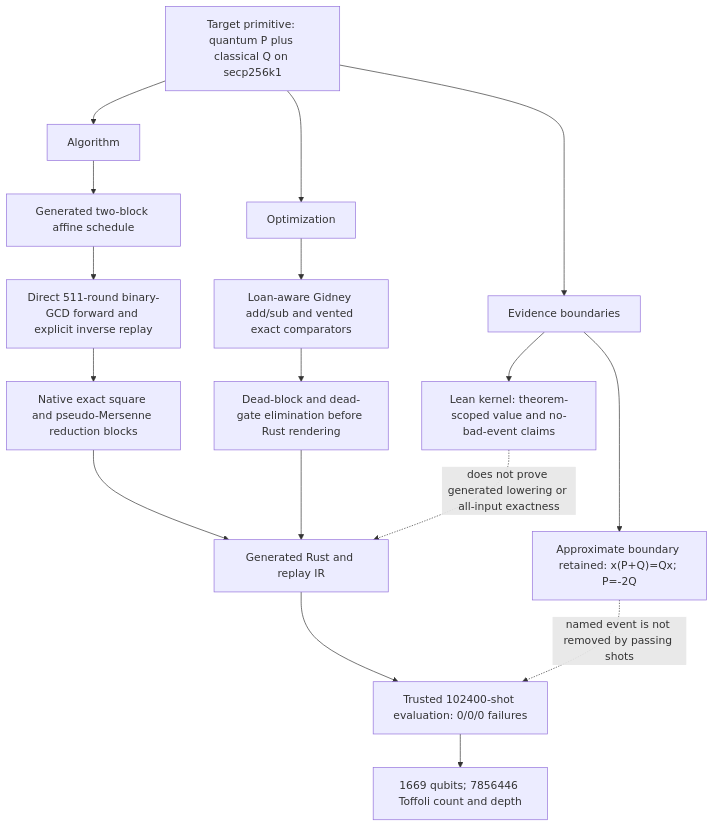
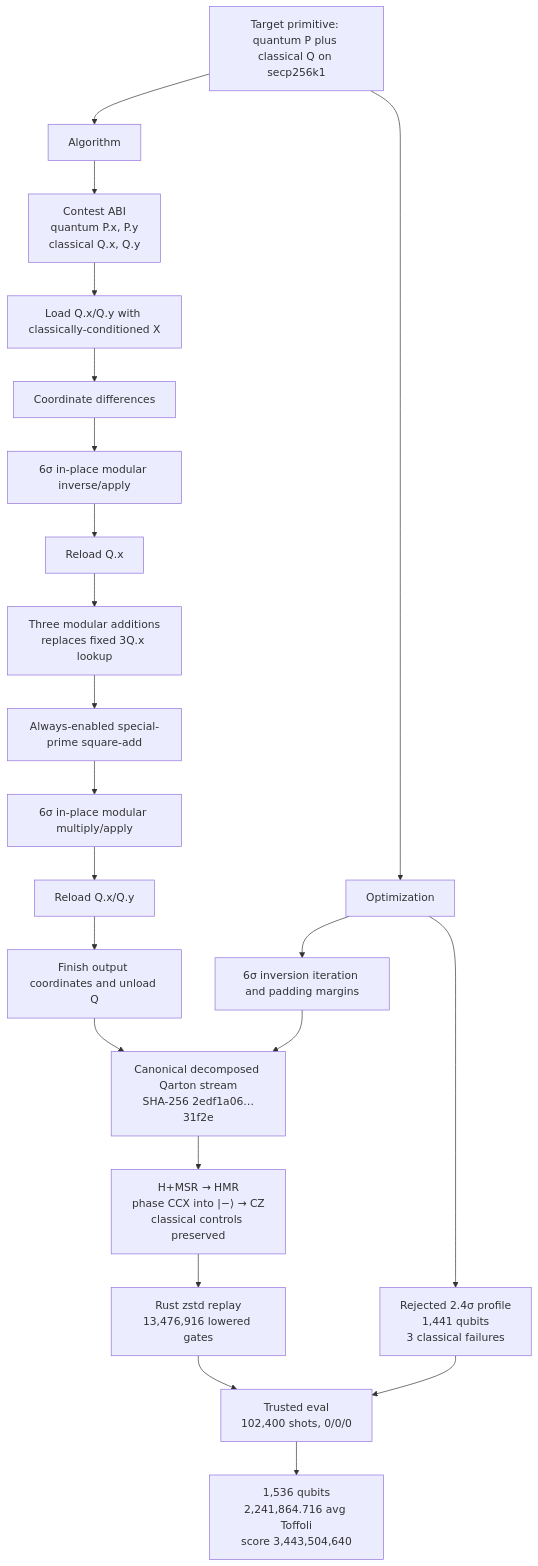
The diagram in src/point_add/architecture.mmd (ecdlp-contest/ecdlp-point-add), drawn with Mermaid before and after one commit. The commit also changed 19 other files, not shown here.

Commit message:
Accept point-add-secp256k1-v1 submission sub_mt5uukz5_ozry8n

```diff
--- a/src/point_add/architecture.mmd
+++ b/src/point_add/architecture.mmd
@@ -1,29 +1,44 @@
 flowchart TD
-  %% @generated by tools/ecdlp_codegen.py
-  %% generator-version: ecdlp-codegen/v1
-  %% generator-sha256: 9f2e055ad2441049ef63a01ac34341c7fcc8880323d3734b573036cb5d6d8471
-  %% profile-sha256: afc3be6a118b3dead47539821d6e0f4eb7186479b0ffdcead2c95eecc8e91790
-  %% artifact: architecture.mmd
-  %% formal-input: see the reviewed profile for theorem-scoped authority
-  %% DO NOT EDIT; regenerate from the reviewed profile.
+    Anchor["Target primitive: quantum P plus classical Q on secp256k1"]
+    Algorithm["Algorithm"]
+    Optimization["Optimization"]
+    ABI["Contest ABI<br/>quantum P.x, P.y<br/>classical Q.x, Q.y"]
+    Load1["Load Q.x/Q.y with classically-conditioned X"]
+    Diff["Coordinate differences"]
+    Inv1["6σ in-place modular inverse/apply"]
+    LoadX["Reload Q.x"]
+    ThreeAdd["Three modular additions<br/>replaces fixed 3Q.x lookup"]
+    Square["Always-enabled special-prime square-add"]
+    Inv2["6σ in-place modular multiply/apply"]
+    Load3["Reload Q.x/Q.y"]
+    Finish["Finish output coordinates and unload Q"]
+    Extract["Canonical decomposed Qarton stream<br/>SHA-256 2edf1a06…31f2e"]
+    Lower["H+MSR → HMR<br/>phase CCX into |−⟩ → CZ<br/>classical controls preserved"]
+    Replay["Rust zstd replay<br/>13,476,916 lowered gates"]
+    Trusted["Trusted eval<br/>102,400 shots, 0/0/0"]
+    Metrics["1,536 qubits<br/>2,241,864.716 avg Toffoli<br/>score 3,443,504,640"]
 
-  Target["Target primitive: quantum P plus classical Q on secp256k1"]
-  Algorithm["Algorithm"]
-  Optimization["Optimization"]
-  Evidence["Evidence boundaries"]
-  Target --> Algorithm
-  Target --> Optimization
-  Target --> Evidence
-  Algorithm --> Affine["Generated two-block affine schedule"]
-  Affine --> Replay["Direct 511-round binary-GCD forward and explicit inverse replay"]
-  Replay --> ExactField["Native exact square and pseudo-Mersenne reduction blocks"]
-  Optimization --> Loans["Loan-aware Gidney add/sub and vented exact comparators"]
-  Loans --> Trim["Dead-block and dead-gate elimination before Rust rendering"]
-  ExactField --> Output["Generated Rust and replay IR"]
-  Trim --> Output
-  Evidence --> Formal["Lean kernel: theorem-scoped value and no-bad-event claims"]
-  Evidence --> Approx["Approximate boundary retained: x(P+Q)=Qx; P=-2Q"]
-  Output --> Evaluation["Trusted 102400-shot evaluation: 0/0/0 failures"]
-  Evaluation --> Metrics["1669 qubits; 7856446 Toffoli count and depth"]
-  Formal -. "does not prove generated lowering or all-input exactness" .-> Output
-  Approx -. "named event is not removed by passing shots" .-> Evaluation
+    Anchor --> Algorithm
+    Anchor --> Optimization
+    Reliability["6σ inversion iteration and padding margins"]
+    Algorithm --> ABI
+    ABI --> Load1
+    Load1 --> Diff
+    Diff --> Inv1
+    Inv1 --> LoadX
+    LoadX --> ThreeAdd
+    ThreeAdd --> Square
+    Square --> Inv2
+    Inv2 --> Load3
+    Load3 --> Finish
+    Optimization --> Reliability
+    Reliability --> Extract
+    Optimization --> Approx
+    Finish --> Extract
+    Extract --> Lower
+    Lower --> Replay
+    Replay --> Trusted
+    Trusted --> Metrics
+
+    Approx["Rejected 2.4σ profile<br/>1,441 qubits<br/>3 classical failures"]
+    Approx --> Trusted
```
